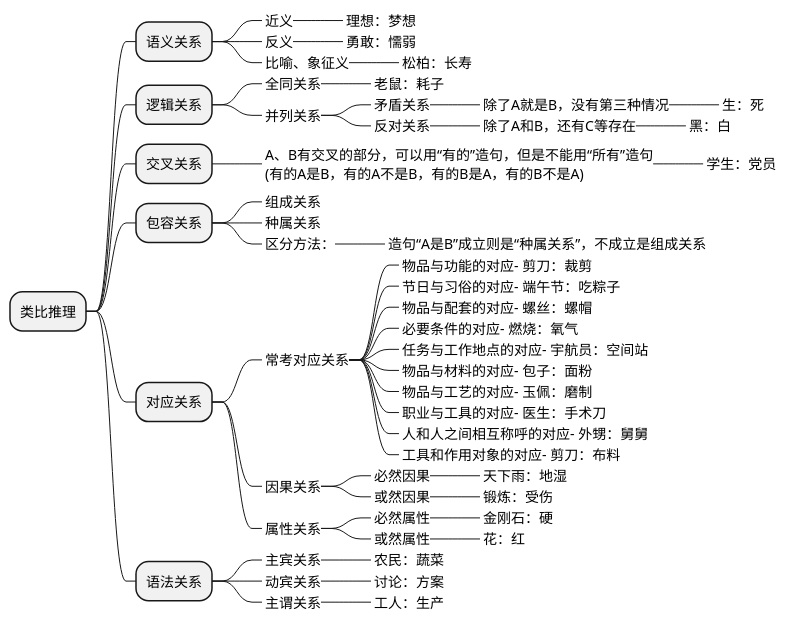
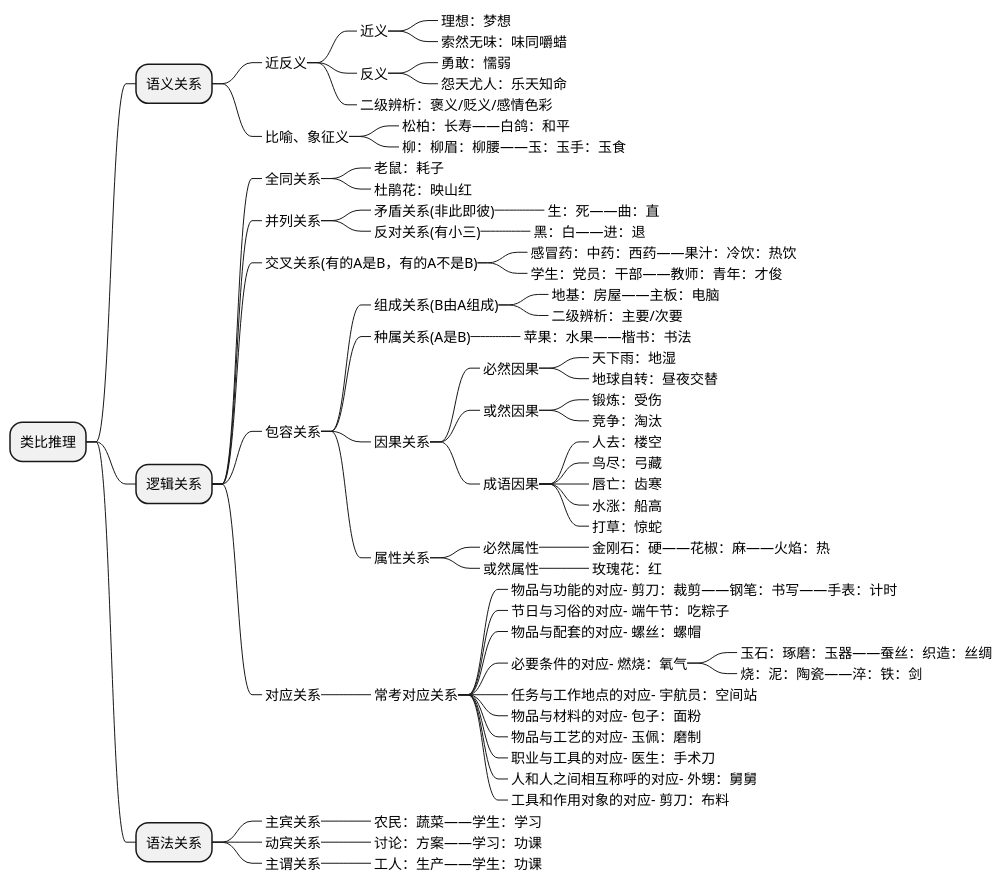
Before and after one commit to holmofy/posts.gwy.hufeifei.cn: the seventh of 7 diagrams in source/_posts/math/gongkao-tuili.md, drawn with PlantUML. The commit also changed 2 other files, not shown here.

````diff
--- a/source/_posts/math/gongkao-tuili.md
+++ b/source/_posts/math/gongkao-tuili.md
@@ -314,59 +314,74 @@
 ```puml
 @startmindmap
 * 类比推理
 ** 语义关系
-***_ 近义
-****_ 理想：梦想
-***_ 反义
-****_ 勇敢：懦弱
+***_ 近反义
+****_ 近义
+*****_ 理想：梦想
+*****_ 索然无味：味同嚼蜡
+****_ 反义
+*****_ 勇敢：懦弱
+*****_ 怨天尤人：乐天知命
+****_ 二级辨析：褒义/贬义/感情色彩
 ***_ 比喻、象征义
-****_ 松柏：长寿
+****_ 松柏：长寿——白鸽：和平
+****_ 柳：柳眉：柳腰——玉：玉手：玉食
 ** 逻辑关系
 ***_ 全同关系
 ****_ 老鼠：耗子
+****_ 杜鹃花：映山红
 ***_ 并列关系
-****_ 矛盾关系
-*****_ 除了A就是B，没有第三种情况
-******_ 生：死
-****_ 反对关系
-*****_ 除了A和B，还有C等存在
-******_ 黑：白
-** 交叉关系
-***_ A、B有交叉的部分，可以用“有的”造句，但是不能用“所有”造句\n(有的A是B，有的A不是B，有的B是A，有的B不是A)
-****_ 学生：党员
-** 包容关系
-***_ 组成关系
-***_ 种属关系
-***_ 区分方法：
-****_ 造句“A是B”成立则是“种属关系”，不成立是组成关系
-** 对应关系
-***_ 常考对应关系
-****_ 物品与功能的对应- 剪刀：裁剪
-****_ 节日与习俗的对应- 端午节：吃粽子
-****_ 物品与配套的对应- 螺丝：螺帽
-****_ 必要条件的对应- 燃烧：氧气
-****_ 任务与工作地点的对应- 宇航员：空间站
-****_ 物品与材料的对应- 包子：面粉
-****_ 物品与工艺的对应- 玉佩：磨制
-****_ 职业与工具的对应- 医生：手术刀
-****_ 人和人之间相互称呼的对应- 外甥：舅舅
-****_ 工具和作用对象的对应- 剪刀：布料
-***_ 因果关系
-****_ 必然因果
-*****_ 天下雨：地湿
-****_ 或然因果
-*****_ 锻炼：受伤
-***_ 属性关系
-****_ 必然属性
-*****_ 金刚石：硬
-****_ 或然属性
-*****_ 花：红
+****_ 矛盾关系(非此即彼)
+*****_ 生：死——曲：直
+****_ 反对关系(有小三)
+*****_ 黑：白——进：退
+***_ 交叉关系(有的A是B，有的A不是B)
+****_ 感冒药：中药：西药——果汁：冷饮：热饮
+****_ 学生：党员：干部——教师：青年：才俊
+***_ 包容关系
+****_ 组成关系(B由A组成)
+*****_ 地基：房屋——主板：电脑
+*****_ 二级辨析：主要/次要
+****_ 种属关系(A是B)
+*****_ 苹果：水果——楷书：书法
+****_ 因果关系
+*****_ 必然因果
+******_ 天下雨：地湿
+******_ 地球自转：昼夜交替
+*****_ 或然因果
+******_ 锻炼：受伤
+******_ 竞争：淘汰
+*****_ 成语因果
+******_ 人去：楼空
+******_ 鸟尽：弓藏
+******_ 唇亡：齿寒
+******_ 水涨：船高
+******_ 打草：惊蛇
+****_ 属性关系
+*****_ 必然属性
+******_ 金刚石：硬——花椒：麻——火焰：热
+*****_ 或然属性
+******_ 玫瑰花：红
+***_ 对应关系
+****_ 常考对应关系
+*****_ 物品与功能的对应- 剪刀：裁剪——钢笔：书写——手表：计时
+*****_ 节日与习俗的对应- 端午节：吃粽子
+*****_ 物品与配套的对应- 螺丝：螺帽
+*****_ 必要条件的对应- 燃烧：氧气
+******_ 玉石：琢磨：玉器——蚕丝：织造：丝绸
+******_ 烧：泥：陶瓷——淬：铁：剑
+*****_ 任务与工作地点的对应- 宇航员：空间站
+*****_ 物品与材料的对应- 包子：面粉
+*****_ 物品与工艺的对应- 玉佩：磨制
+*****_ 职业与工具的对应- 医生：手术刀
+*****_ 人和人之间相互称呼的对应- 外甥：舅舅
+*****_ 工具和作用对象的对应- 剪刀：布料
 ** 语法关系
 ***_ 主宾关系
-****_ 农民：蔬菜
+****_ 农民：蔬菜——学生：学习
 ***_ 动宾关系
-****_ 讨论：方案
+****_ 讨论：方案——学习：功课
 ***_ 主谓关系
-****_ 工人：生产
+****_ 工人：生产——学生：功课
 @endmindmap
 ```
````
